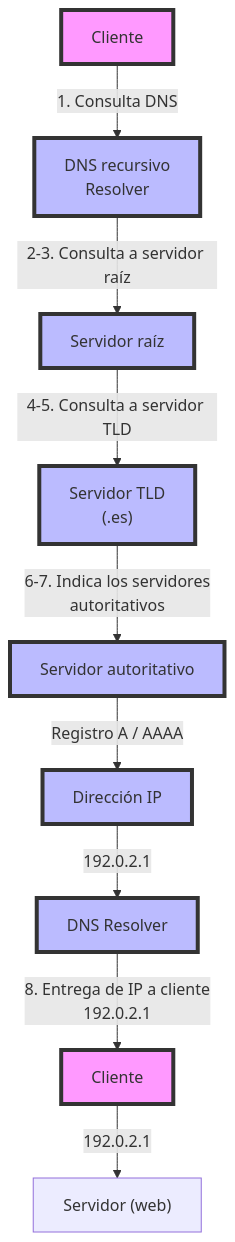
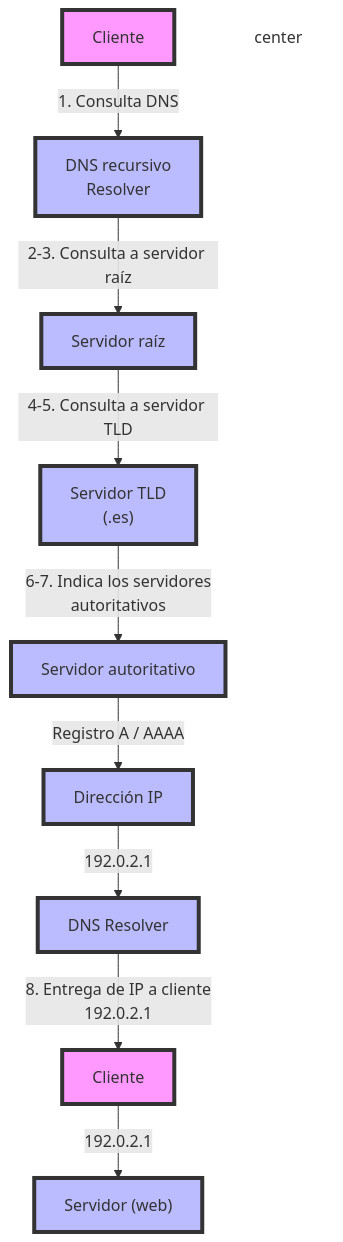
One commit to javieregeablasco/Apuntes changed the diagram in docs/SMX/SMX_2/SX/apuntes/05_DNS.md. Above: the diagram before and after it, drawn with Mermaid.

Commit message:
Oct 29, 2026, 12:33 PM

````diff
--- a/docs/SMX/SMX_2/SX/apuntes/05_DNS.md
+++ b/docs/SMX/SMX_2/SX/apuntes/05_DNS.md
@@ -294,20 +294,22 @@
       ```mermaid
       flowchart TD
           A[Cliente] -->|1. Consulta DNS| B[DNS recursivo<br/>Resolver]
           B -->|2-3. Consulta a servidor raíz | C[Servidor raíz]
           C -->|4-5. Consulta a servidor TLD| D["Servidor TLD<br/>(.es)"]
           D -->|6-7. Indica los servidores<br/>autoritativos| E[Servidor autoritativo]
           E -->|Registro A / AAAA| F[Dirección IP]
           F -->|192.0.2.1| G[DNS Resolver]
           G -->|8. Entrega de IP a cliente <br/>192.0.2.1| H[Cliente]
           H -->|192.0.2.1| I["Servidor (web)"]
       style A fill:#f9f,stroke:#333,stroke-width:4px
       style B fill:#bbf,stroke:#333,stroke-width:4px
       style C fill:#bbf,stroke:#333,stroke-width:4px
       style D fill:#bbf,stroke:#333,stroke-width:4px
       style E fill:#bbf,stroke:#333,stroke-width:4px
       style F fill:#bbf,stroke:#333,stroke-width:4px
       style G fill:#bbf,stroke:#333,stroke-width:4px
       style H fill:#f9f,stroke:#333,stroke-width:4px
+      style I fill:#bbf,stroke:#333,stroke-width:4px
+      style center fill:none,stroke:none
 
       ```
````
